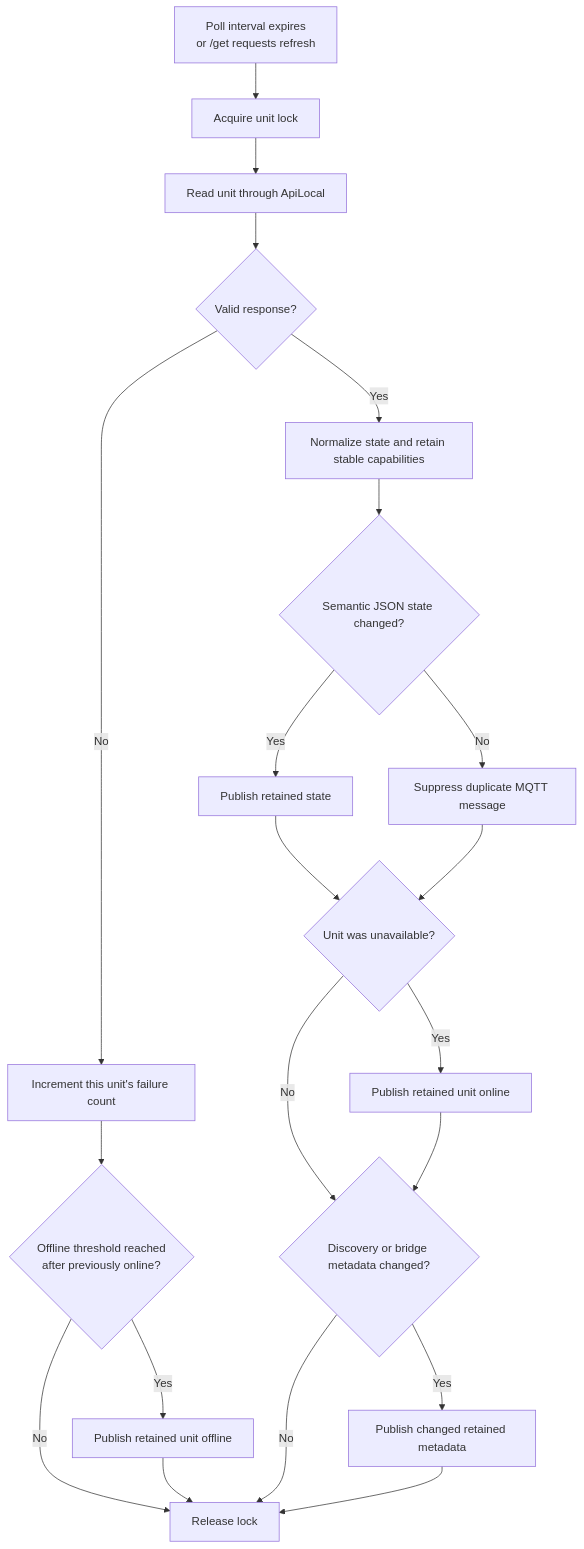
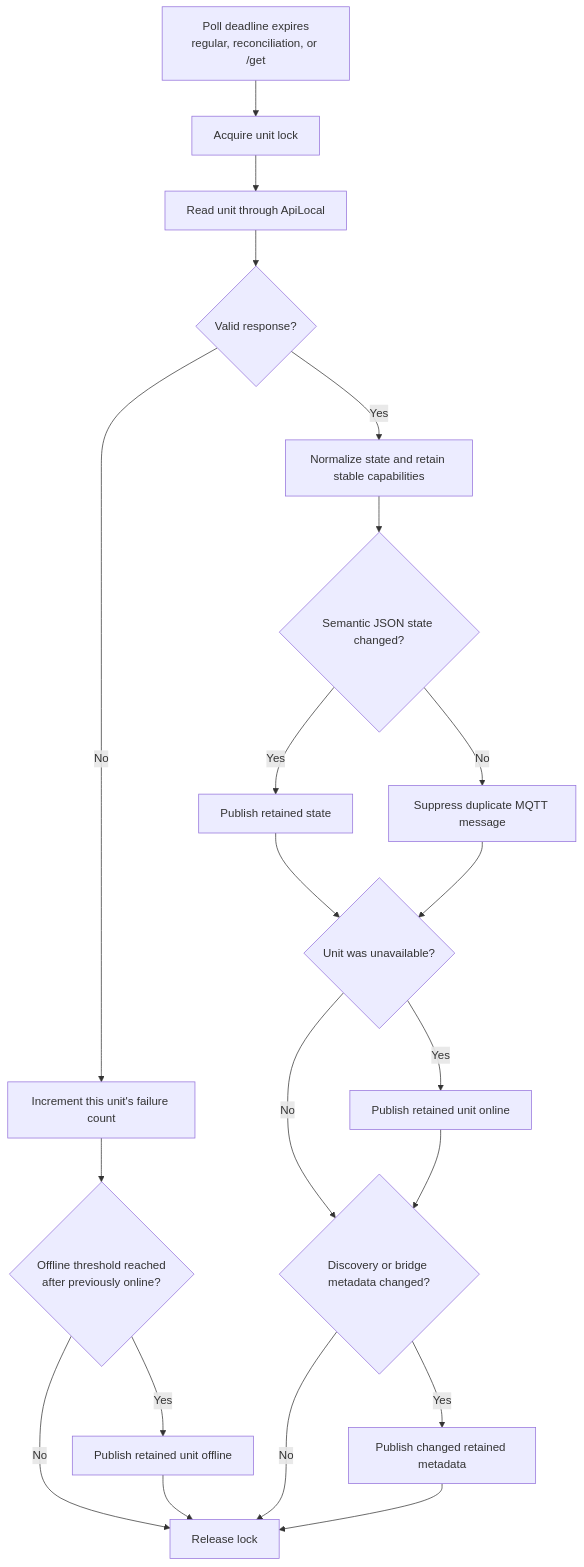
One commit to m3zercat/AirStage2MQTT changed the fourth of 8 diagrams in docs/architecture.md. Above: the diagram before and after it, drawn with Mermaid. The commit also changed other lines of this file, not shown here.

Commit message:
Document optimistic command reconciliation flow

````diff
--- a/docs/architecture.md
+++ b/docs/architecture.md
@@ -150,23 +150,23 @@
 ```mermaid
 flowchart TD
-    wait["Poll interval expires<br/>or /get requests refresh"] --> lock["Acquire unit lock"]
+    wait["Poll deadline expires<br/>regular, reconciliation, or /get"] --> lock["Acquire unit lock"]
     lock --> request["Read unit through ApiLocal"]
     request --> result{"Valid response?"}
     result -- No --> failures["Increment this unit's failure count"]
     failures --> threshold{"Offline threshold reached<br/>after previously online?"}
     threshold -- Yes --> offline["Publish retained unit offline"]
     threshold -- No --> release["Release lock"]
     offline --> release
     result -- Yes --> normalize["Normalize state and retain stable capabilities"]
     normalize --> compare{"Semantic JSON state changed?"}
     compare -- Yes --> publish["Publish retained state"]
     compare -- No --> suppress["Suppress duplicate MQTT message"]
     publish --> available{"Unit was unavailable?"}
     suppress --> available
     available -- Yes --> online["Publish retained unit online"]
     available -- No --> metadata{"Discovery or bridge metadata changed?"}
     online --> metadata
     metadata -- Yes --> update["Publish changed retained metadata"]
     metadata -- No --> release
     update --> release
 ```
````
